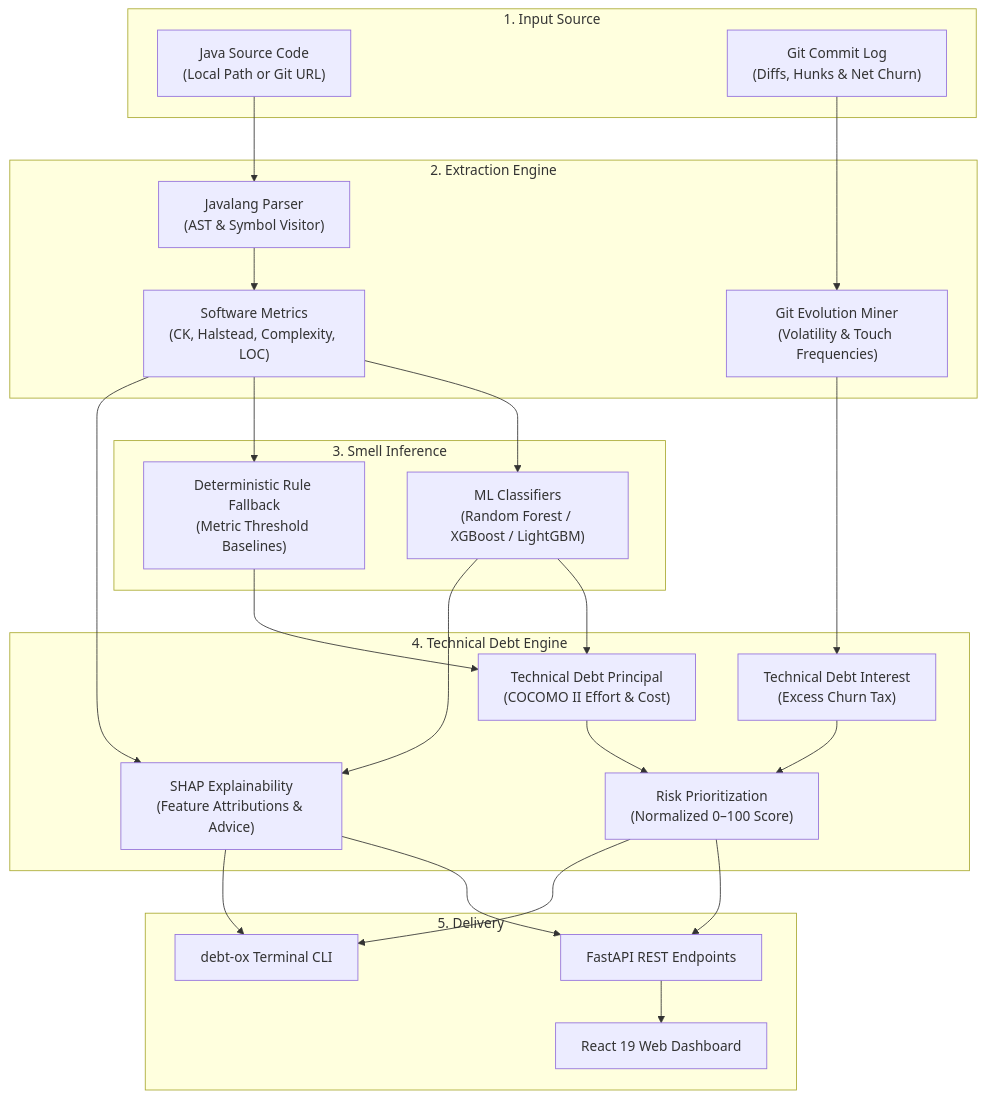
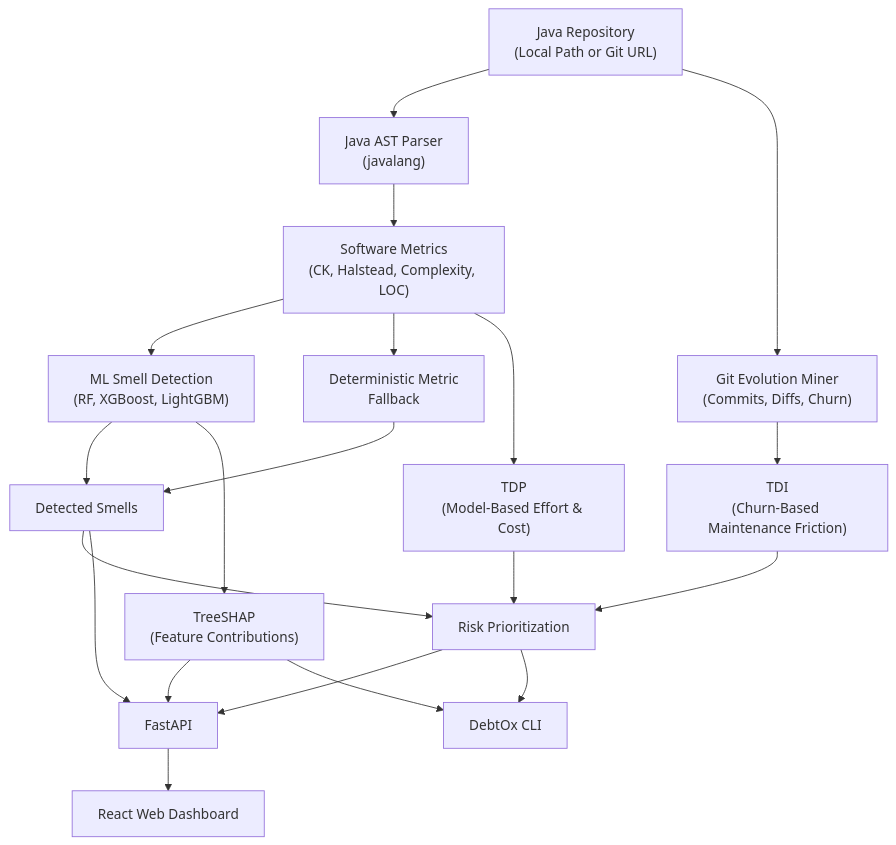
The diagram in README.md (brijeshkumarmorya/debtox), drawn with Mermaid before and after one commit. The commit also changed other lines of this file, not shown here.

````diff
--- a/README.md
+++ b/README.md
@@ -79,45 +94,32 @@
 ```mermaid
 flowchart TD
-    subgraph Input ["1. Input Source"]
-        Repo["Java Source Code\n(Local Path or Git URL)"]
-        GitHistory["Git Commit Log\n(Diffs, Hunks & Net Churn)"]
-    end
+    Repo["Java Repository<br/>(Local Path or Git URL)"]
 
-    subgraph Extraction ["2. Extraction Engine"]
-        AST["Javalang Parser\n(AST & Symbol Visitor)"]
-        Metrics["Software Metrics\n(CK, Halstead, Complexity, LOC)"]
-        Miner["Git Evolution Miner\n(Volatility & Touch Frequencies)"]
-        
-        Repo --> AST --> Metrics
-        GitHistory --> Miner
-    end
+    Repo --> AST["Java AST Parser<br/>(javalang)"]
+    Repo --> Git["Git Evolution Miner<br/>(Commits, Diffs, Churn)"]
 
-    subgraph Inference ["3. Smell Inference"]
-        ML["ML Classifiers\n(Random Forest / XGBoost / LightGBM)"]
-        Fallback["Deterministic Rule Fallback\n(Metric Threshold Baselines)"]
-        
-        Metrics --> ML
-        Metrics --> Fallback
-    end
+    AST --> Metrics["Software Metrics<br/>(CK, Halstead, Complexity, LOC)"]
 
-    subgraph DebtEngine ["4. Technical Debt Engine"]
-        TDP["Technical Debt Principal\n(COCOMO II Effort & Cost)"]
-        TDI["Technical Debt Interest\n(Excess Churn Tax)"]
-        SHAP["SHAP Explainability\n(Feature Attributions & Advice)"]
-        Risk["Risk Prioritization\n(Normalized 0–100 Score)"]
-        
-        ML & Fallback --> TDP
-        Miner --> TDI
-        TDP & TDI --> Risk
-        Metrics & ML --> SHAP
-    end
+    Metrics --> ML["ML Smell Detection<br/>(RF, XGBoost, LightGBM)"]
+    Metrics --> Fallback["Deterministic Metric<br/>Fallback"]
 
-    subgraph Interfaces ["5. Delivery"]
-        API["FastAPI REST Endpoints"]
-        UI["React 19 Web Dashboard"]
-        CLI["debt-ox Terminal CLI"]
-        
-        Risk & SHAP --> API --> UI
-        Risk & SHAP --> CLI
-    end
+    ML --> Smells["Detected Smells"]
+    Fallback --> Smells
+
+    Metrics --> TDP["TDP<br/>(Model-Based Effort & Cost)"]
+    Git --> TDI["TDI<br/>(Churn-Based Maintenance Friction)"]
+
+    ML --> SHAP["TreeSHAP<br/>(Feature Contributions)"]
+
+    Smells --> Risk["Risk Prioritization"]
+    TDP --> Risk
+    TDI --> Risk
+
+    Risk --> API["FastAPI"]
+    SHAP --> API
+    Smells --> API
+
+    API --> UI["React Web Dashboard"]
+    Risk --> CLI["DebtOx CLI"]
+    SHAP --> CLI
 ```
````
